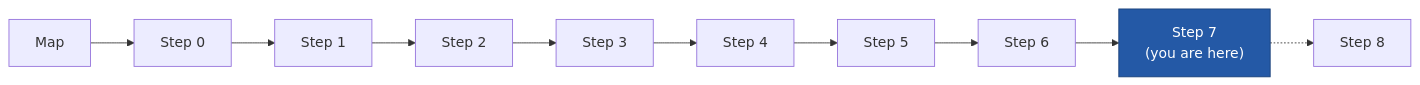
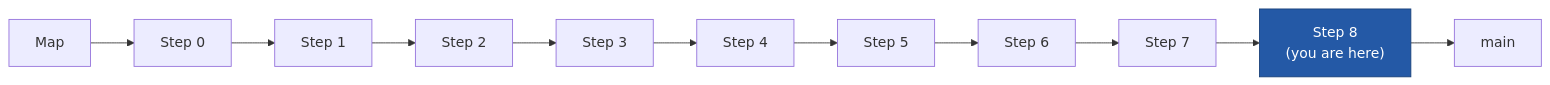
The first of 2 diagrams in README.md (capchitts/crossexam-project), drawn with Mermaid before and after one commit. The commit also changed other lines of this file and 28 other files, not shown here.

````diff
--- a/README.md
+++ b/README.md
@@ -19,13 +18,14 @@
 ```mermaid
 graph LR
     MAP[Map] --> S0[Step 0]
     S0 --> S1[Step 1]
     S1 --> S2[Step 2]
     S2 --> S3[Step 3]
     S3 --> S4[Step 4]
     S4 --> S5[Step 5]
     S5 --> S6[Step 6]
-    S6 --> S7["Step 7<br/>(you are here)"]
-    S7 -.-> S8[Step 8]
-    style S7 fill:#2459A6,stroke:#173F78,color:#fff
+    S6 --> S7[Step 7]
+    S7 --> S8["Step 8<br/>(you are here)"]
+    S8 --> MAIN[main]
+    style S8 fill:#2459A6,stroke:#173F78,color:#fff
 ```
````
